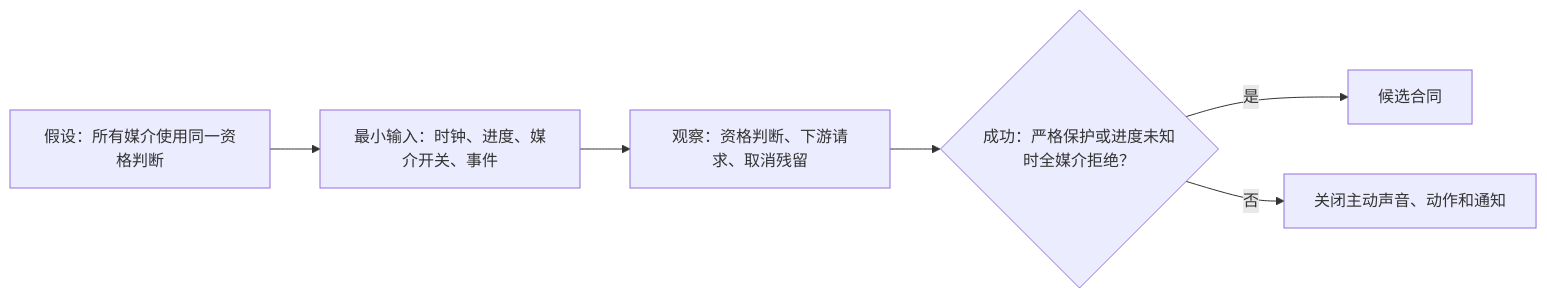
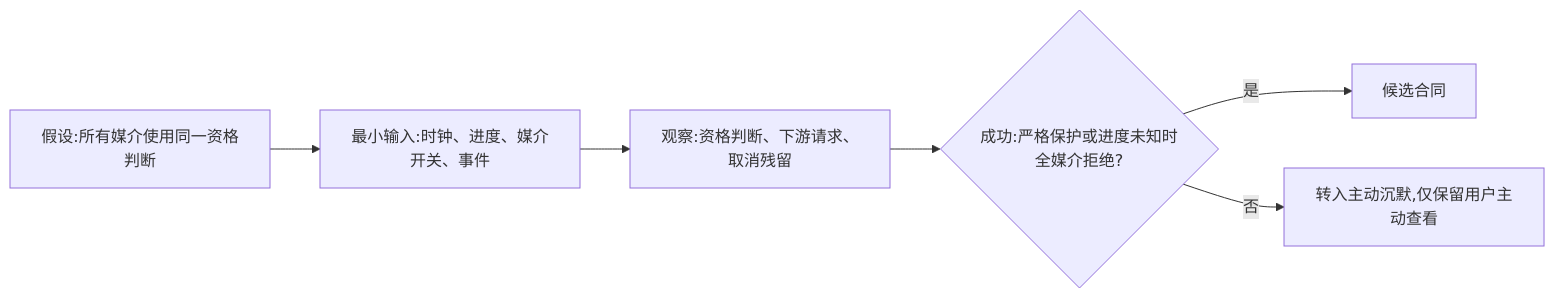
Before and after one commit to weiz98417-crypto/qiuqiu: the sixth of 16 diagrams in docs/球球全套资料/4.产品设计/44-关键技术POC与方案选型.md, drawn with Mermaid. The commit also changed other lines of this file and 49 other files, not shown here.

````diff
--- a/docs/球球全套资料/4.产品设计/44-关键技术POC与方案选型.md
+++ b/docs/球球全套资料/4.产品设计/44-关键技术POC与方案选型.md
@@ -101,8 +102,8 @@
 ```mermaid
 flowchart LR
-    H[假设：所有媒介使用同一资格判断] --> I[最小输入：时钟、进度、媒介开关、事件]
-    I --> O[观察：资格判断、下游请求、取消残留]
-    O --> S{成功：严格保护或进度未知时全媒介拒绝？}
+    H[假设:所有媒介使用同一资格判断] --> I[最小输入:时钟、进度、媒介开关、事件]
+    I --> O[观察:资格判断、下游请求、取消残留]
+    O --> S{成功:严格保护或进度未知时全媒介拒绝?}
     S -->|是| P[候选合同]
-    S -->|否| X[关闭主动声音、动作和通知]
+    S -->|否| X[转入主动沉默,仅保留用户主动查看]
 ```
````
